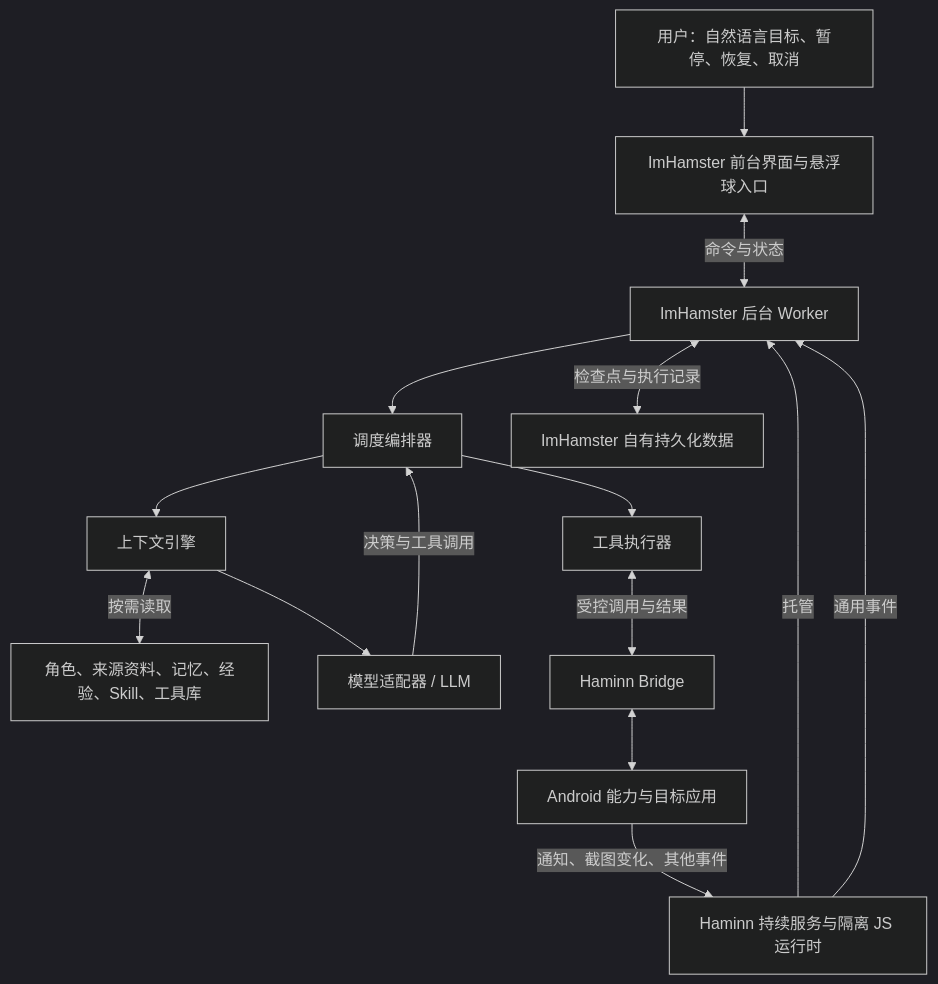
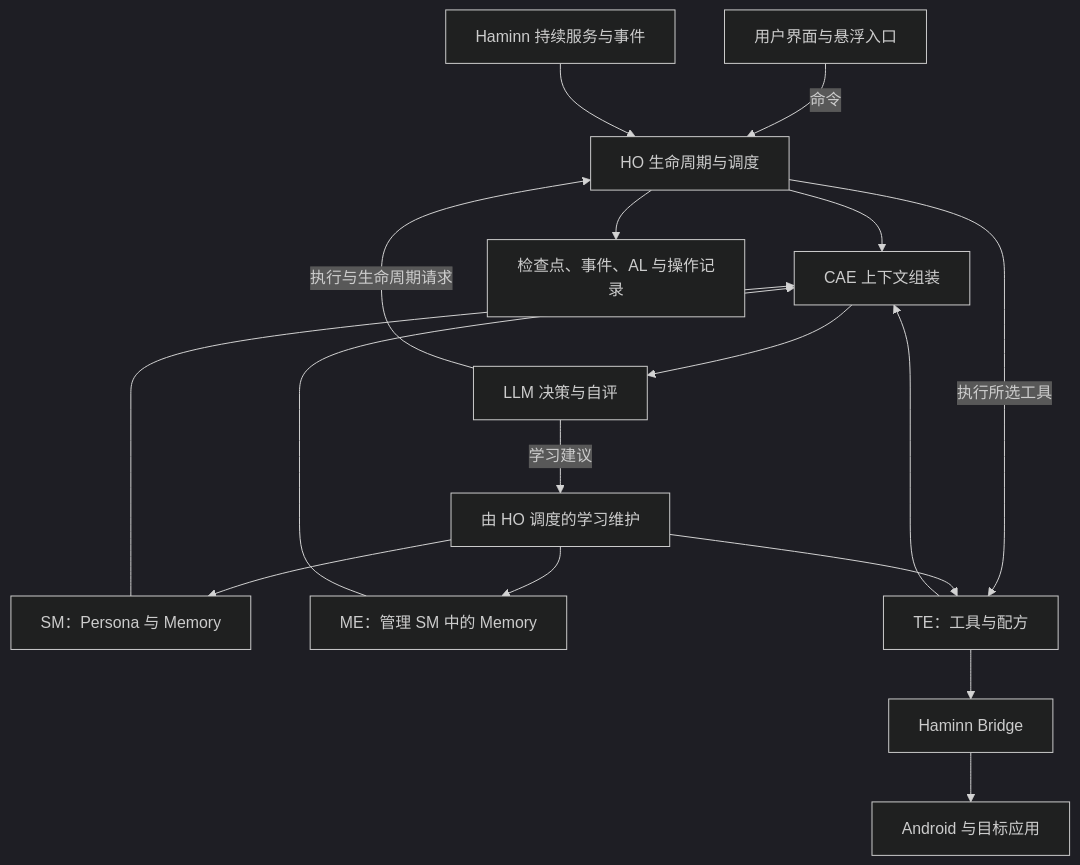
The diagram in docs/PRODUCT_DESIGN_v1.1.md (zhyuzh3d/imahamster), drawn with Mermaid (dark theme) before and after one commit. The commit also changed other lines of this file and 26 other files, not shown here.

````diff
--- a/docs/PRODUCT_DESIGN_v1.1.md
+++ b/docs/PRODUCT_DESIGN_v1.1.md
@@ -51,17 +25,19 @@
 ```mermaid
 flowchart TD
-    User[用户：自然语言目标、暂停、恢复、取消] --> UI[ImHamster 前台界面与悬浮球入口]
-    UI <-->|命令与状态| Worker[ImHamster 后台 Worker]
-    Worker --> Scheduler[调度编排器]
-    Scheduler --> Context[上下文引擎]
-    Context <-->|按需读取| Store[角色、来源资料、记忆、经验、Skill、工具库]
-    Context --> Model[模型适配器 / LLM]
-    Model -->|决策与工具调用| Scheduler
-    Scheduler --> Tools[工具执行器]
-    Tools <-->|受控调用与结果| Bridge[Haminn Bridge]
-    Host[Haminn 持续服务与隔离 JS 运行时] -->|托管| Worker
-    Bridge <--> Android[Android 能力与目标应用]
-    Android -->|通知、截图变化、其他事件| Host
-    Host -->|通用事件| Worker
-    Worker <-->|检查点与执行记录| State[ImHamster 自有持久化数据]
+    UI[用户界面与悬浮入口] -->|命令| HO[HO 生命周期与调度]
+    HOST[Haminn 持续服务与事件] --> HO
+    HO --> CAE[CAE 上下文组装]
+    SM[SM：Persona 与 Memory] --> CAE
+    ME[ME：管理 SM 中的 Memory] --> CAE
+    TE[TE：工具与配方] --> CAE
+    CAE --> LLM[LLM 决策与自评]
+    LLM -->|执行与生命周期请求| HO
+    HO -->|执行所选工具| TE
+    TE --> BRIDGE[Haminn Bridge]
+    BRIDGE --> DEVICE[Android 与目标应用]
+    HO --> STORE[检查点、事件、AL 与操作记录]
+    LLM -->|学习建议| LEARN[由 HO 调度的学习维护]
+    LEARN --> ME
+    LEARN --> TE
+    LEARN --> SM
 ```
````
